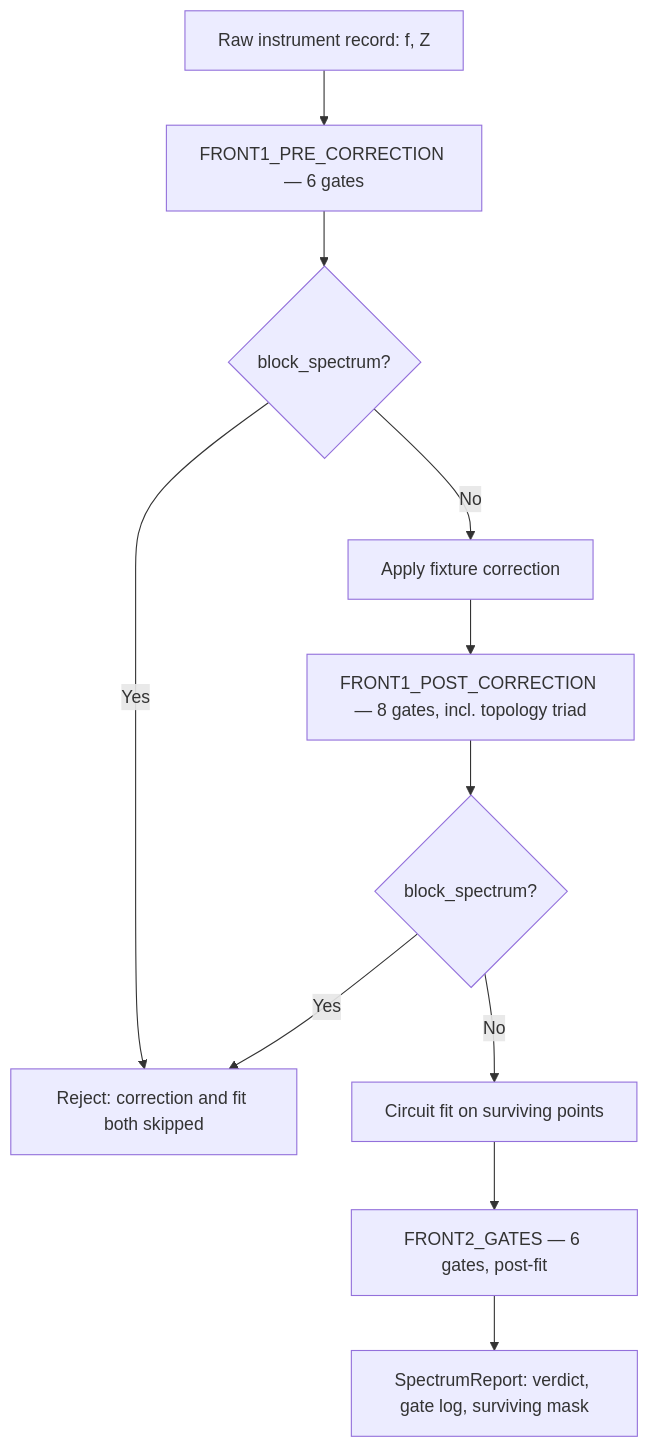
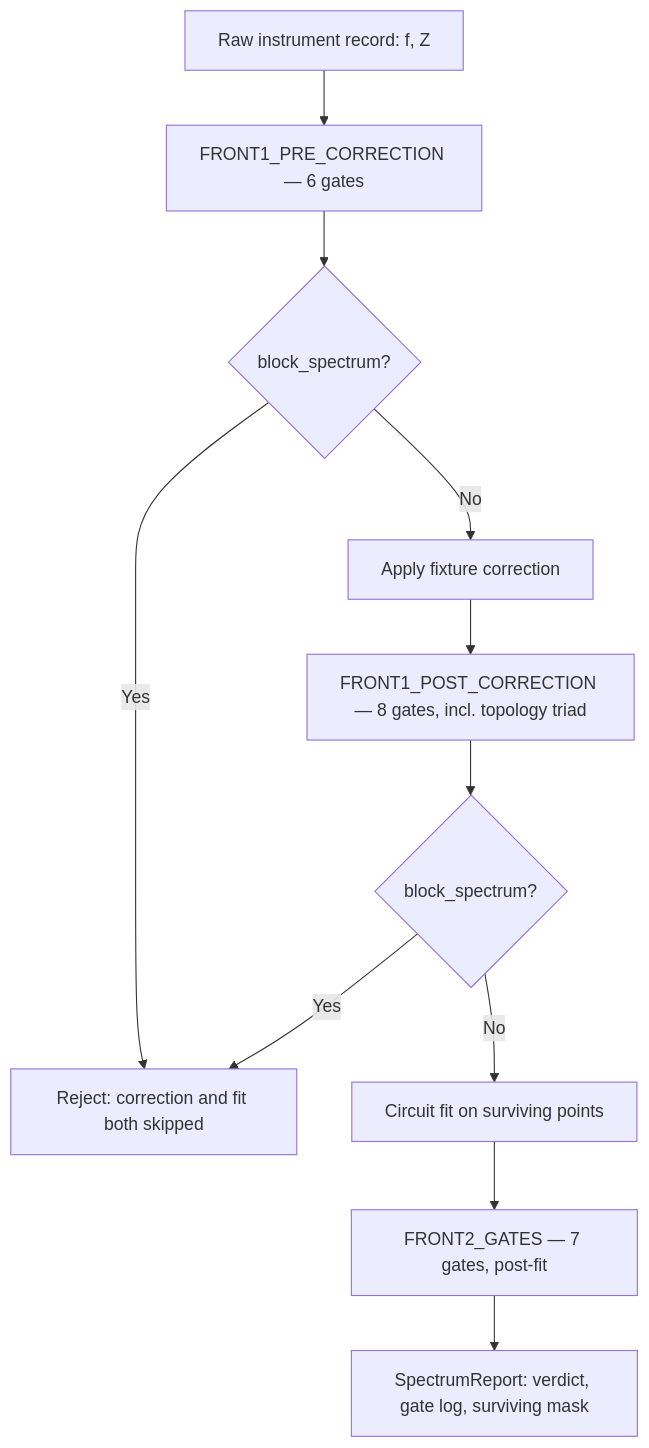
Before and after one commit to osujilab/softae-next: the third of 3 diagrams in docs/architecture.md, drawn with Mermaid. The commit also changed other lines of this file and 12 other files, not shown here.

Commit message:
register "arc_closure" as a post-fit recorded flag & do not render failed flags

````diff
--- a/docs/architecture.md
+++ b/docs/architecture.md
@@ -130,13 +130,13 @@
 ```mermaid
 flowchart TD
     A[Raw instrument record: f, Z] --> B["FRONT1_PRE_CORRECTION — 6 gates"]
     B --> C{block_spectrum?}
     C -->|Yes| R[Reject: correction and fit both skipped]
     C -->|No| D[Apply fixture correction]
     D --> E["FRONT1_POST_CORRECTION — 8 gates, incl. topology triad"]
     E --> F{block_spectrum?}
     F -->|Yes| R
     F -->|No| G[Circuit fit on surviving points]
-    G --> H["FRONT2_GATES — 6 gates, post-fit"]
+    G --> H["FRONT2_GATES — 7 gates, post-fit"]
     H --> I[SpectrumReport: verdict, gate log, surviving mask]
 ```
````
